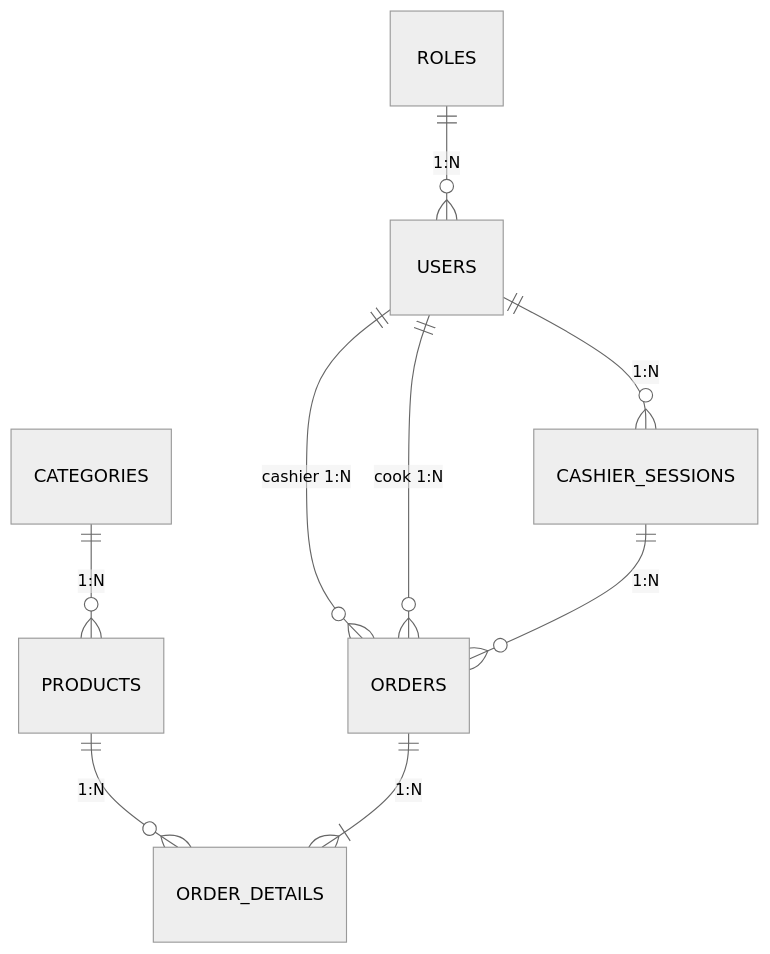
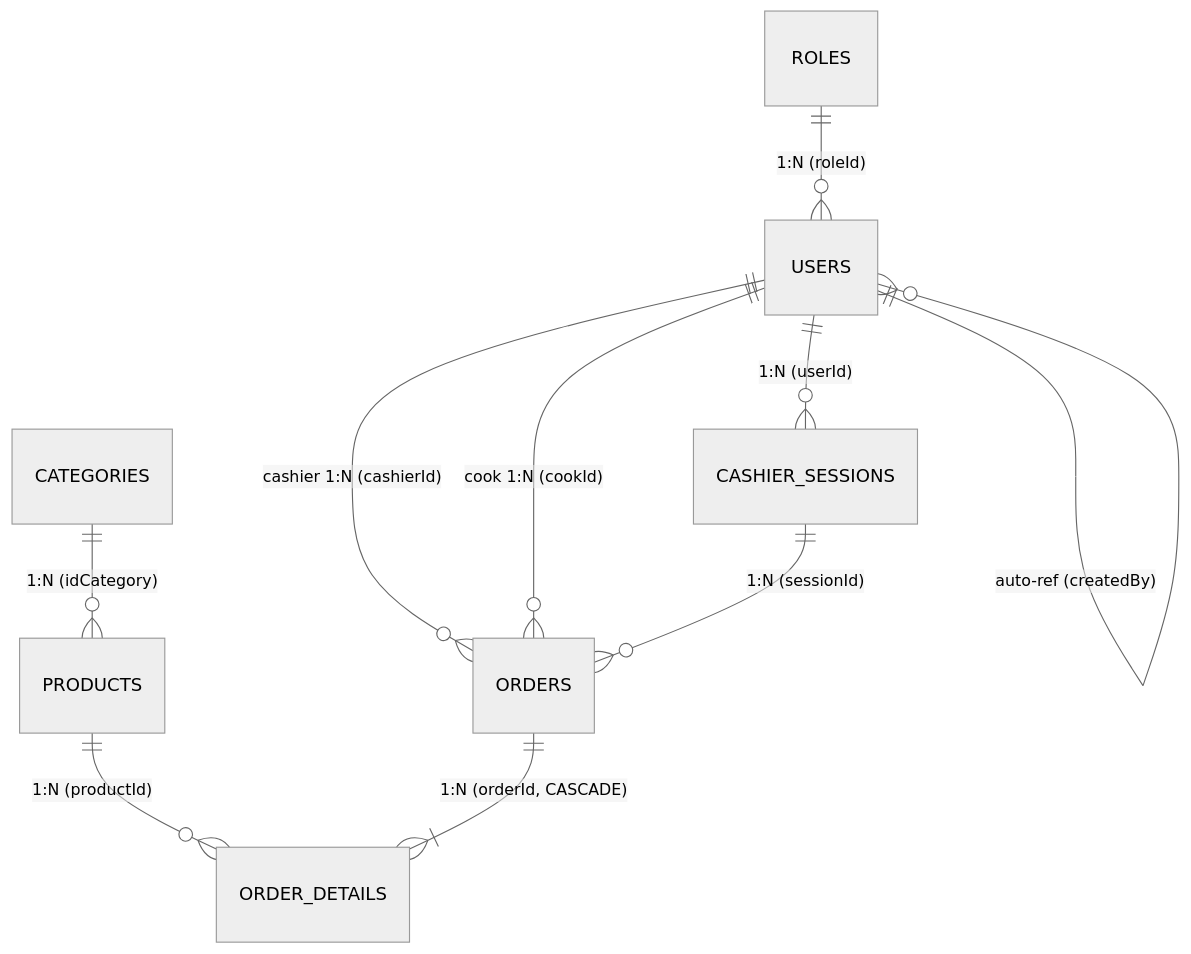
One commit to marquezQ/FastCashierBE changed the diagram in .agent/database.md. Above: the diagram before and after it, drawn with Mermaid (neutral theme). The commit also changed other lines of this file and 7 other files, not shown here.

````diff
--- a/.agent/database.md
+++ b/.agent/database.md
@@ -9,11 +9,12 @@
 ```mermaid
 erDiagram
-    ROLES ||--o{ USERS : "1:N"
-    USERS ||--o{ CASHIER_SESSIONS : "1:N"
-    USERS ||--o{ ORDERS : "cashier 1:N"
-    USERS ||--o{ ORDERS : "cook 1:N"
-    CATEGORIES ||--o{ PRODUCTS : "1:N"
-    PRODUCTS ||--o{ ORDER_DETAILS : "1:N"
-    CASHIER_SESSIONS ||--o{ ORDERS : "1:N"
-    ORDERS ||--|{ ORDER_DETAILS : "1:N"
+    ROLES ||--o{ USERS : "1:N (roleId)"
+    USERS ||--o{ CASHIER_SESSIONS : "1:N (userId)"
+    USERS ||--o{ ORDERS : "cashier 1:N (cashierId)"
+    USERS ||--o{ ORDERS : "cook 1:N (cookId)"
+    USERS ||--o{ USERS : "auto-ref (createdBy)"
+    CATEGORIES ||--o{ PRODUCTS : "1:N (idCategory)"
+    PRODUCTS ||--o{ ORDER_DETAILS : "1:N (productId)"
+    CASHIER_SESSIONS ||--o{ ORDERS : "1:N (sessionId)"
+    ORDERS ||--|{ ORDER_DETAILS : "1:N (orderId, CASCADE)"
 ```
````
